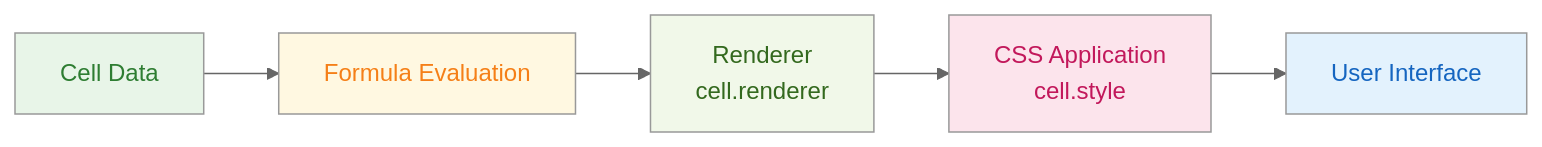
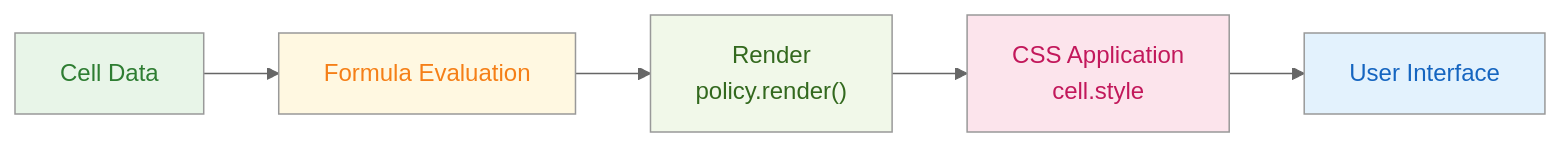
One commit to walkframe/gridsheet changed the third of 5 diagrams in packages/docs/pages/development/architecture.mdx. Above: the diagram before and after it, drawn with Mermaid (neutral theme). The commit also changed other lines of this file and 17 other files, not shown here.

````diff
--- a/packages/docs/pages/development/architecture.mdx
+++ b/packages/docs/pages/development/architecture.mdx
@@ -109,13 +111,13 @@
 ```mermaid
 graph LR
     CD["Cell Data"] --> FE["Formula Evaluation"]
-    FE --> RENDERER["Renderer<br/>cell.renderer"]
-    RENDERER --> CSS["CSS Application<br/>cell.style"]
+    FE --> RENDER["Render<br/>policy.render()"]
+    RENDER --> CSS["CSS Application<br/>cell.style"]
     CSS --> UI["User Interface"]
     
     style CD fill:#e8f5e8,color:#2e7d32
     style FE fill:#fff8e1,color:#f57f17
-    style RENDERER fill:#f1f8e9,color:#33691e
+    style RENDER fill:#f1f8e9,color:#33691e
     style CSS fill:#fce4ec,color:#c2185b
     style UI fill:#e3f2fd,color:#1565c0
 ```
````
